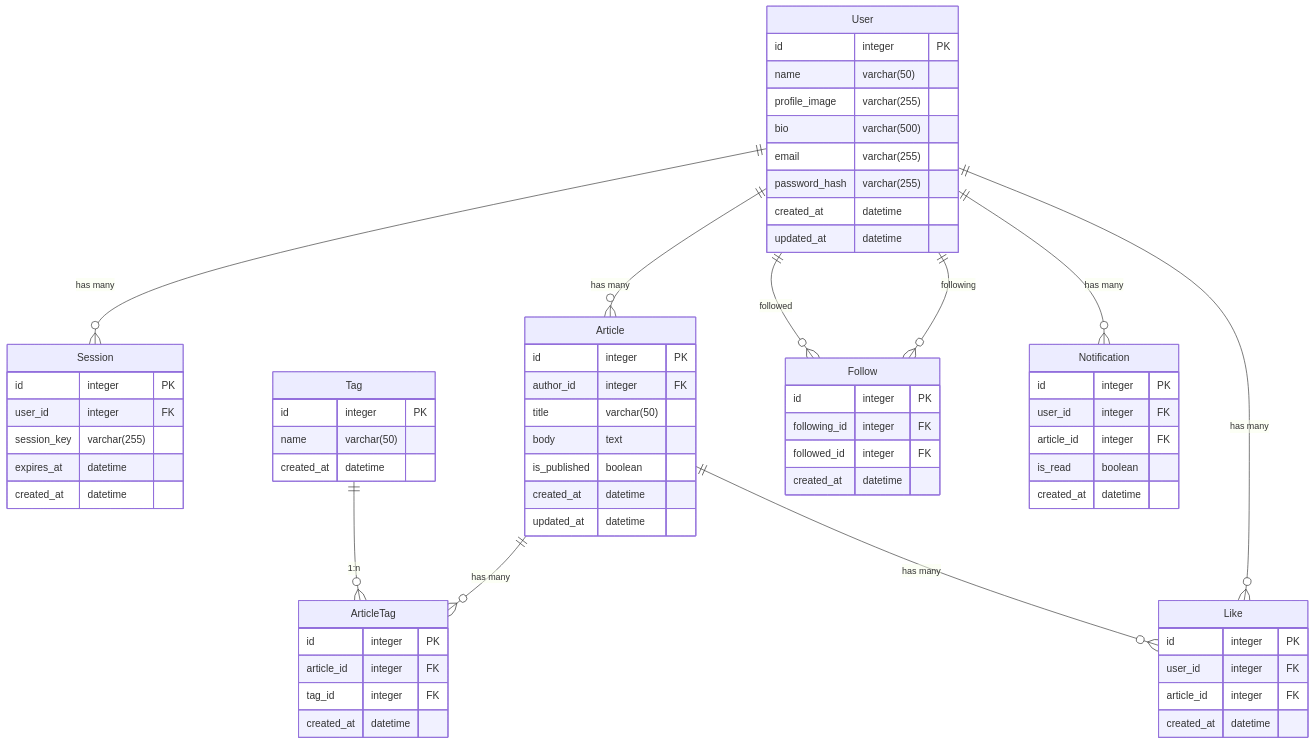
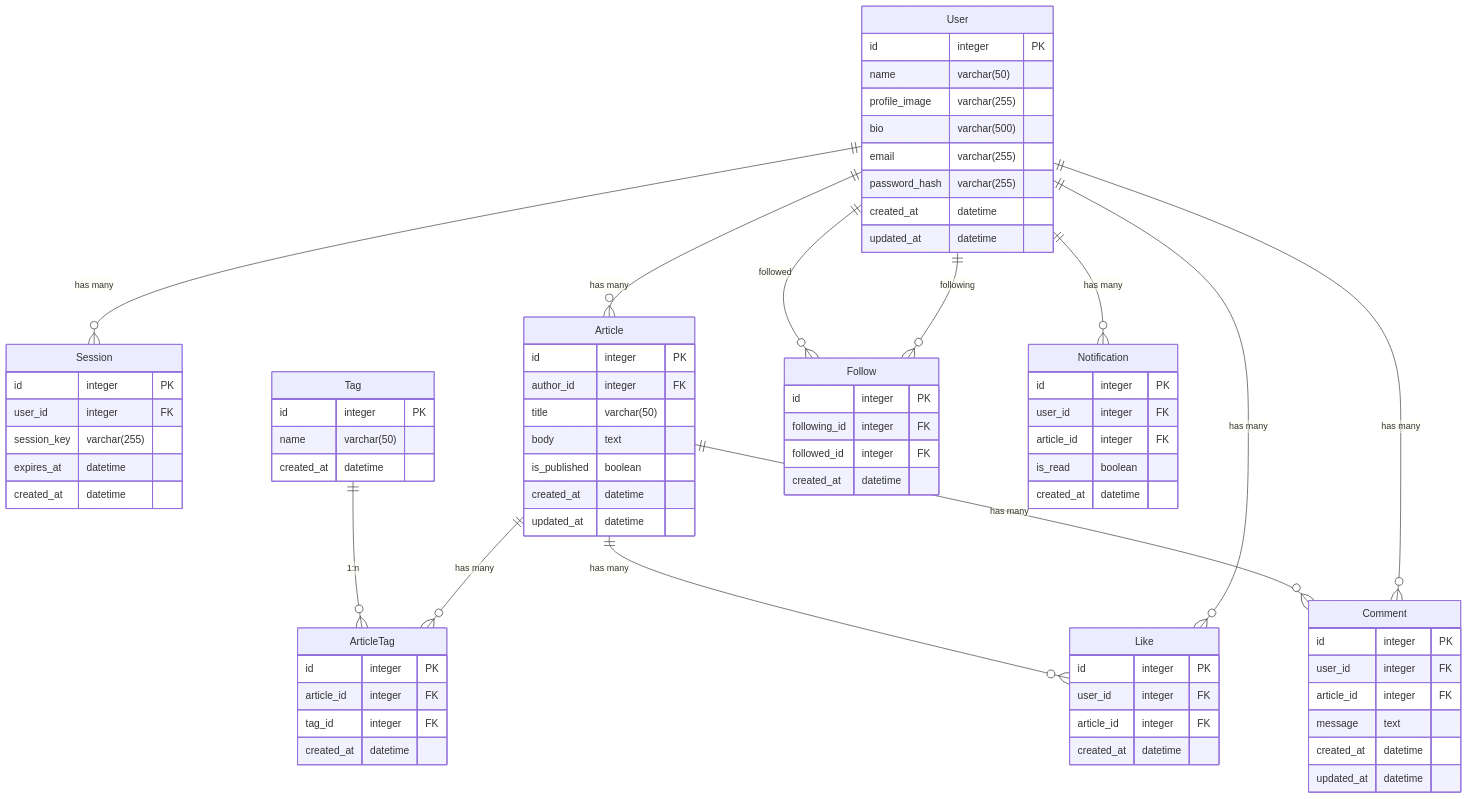
One commit to doguto/nari-note changed the diagram in docs/er-diagram.md. Above: the diagram before and after it, drawn with Mermaid.

Commit message:
Docs: CommentのER図を作成

```diff
--- a/docs/er-diagram.md
+++ b/docs/er-diagram.md
@@ -16,6 +16,9 @@
 
 User ||--o{ Like: "has many"
 Article ||--o{ Like: "has many"
+
+User ||--o{ Comment: "has many"
+Article ||--o{ Comment: "has many"
 
 User ||--o{ Notification: "has many"
 
@@ -68,6 +71,15 @@
     created_at datetime
 }
 
+Comment {
+    id integer PK
+    user_id integer FK
+    article_id integer FK
+    message text
+    created_at datetime
+    updated_at datetime
+}
+
 Follow {
     id integer PK
     following_id integer FK
```
